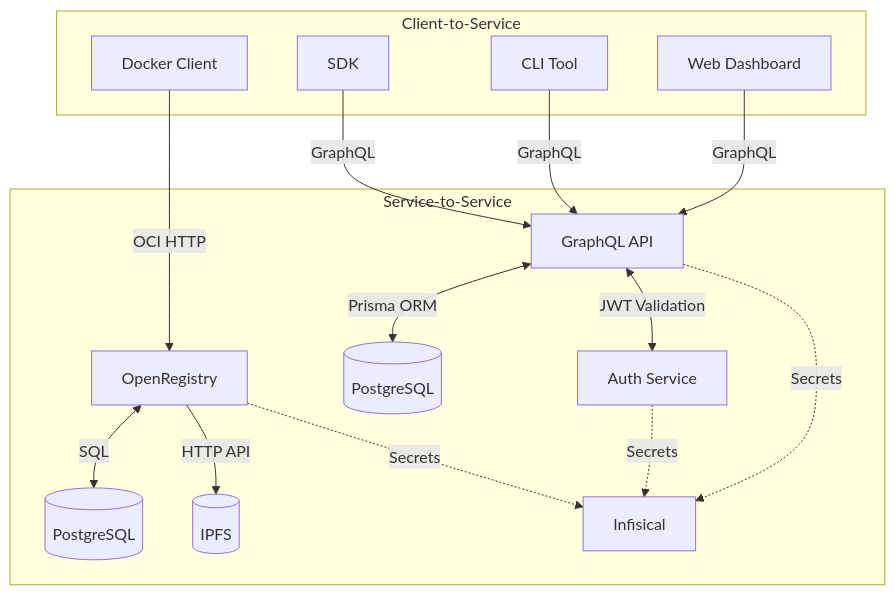
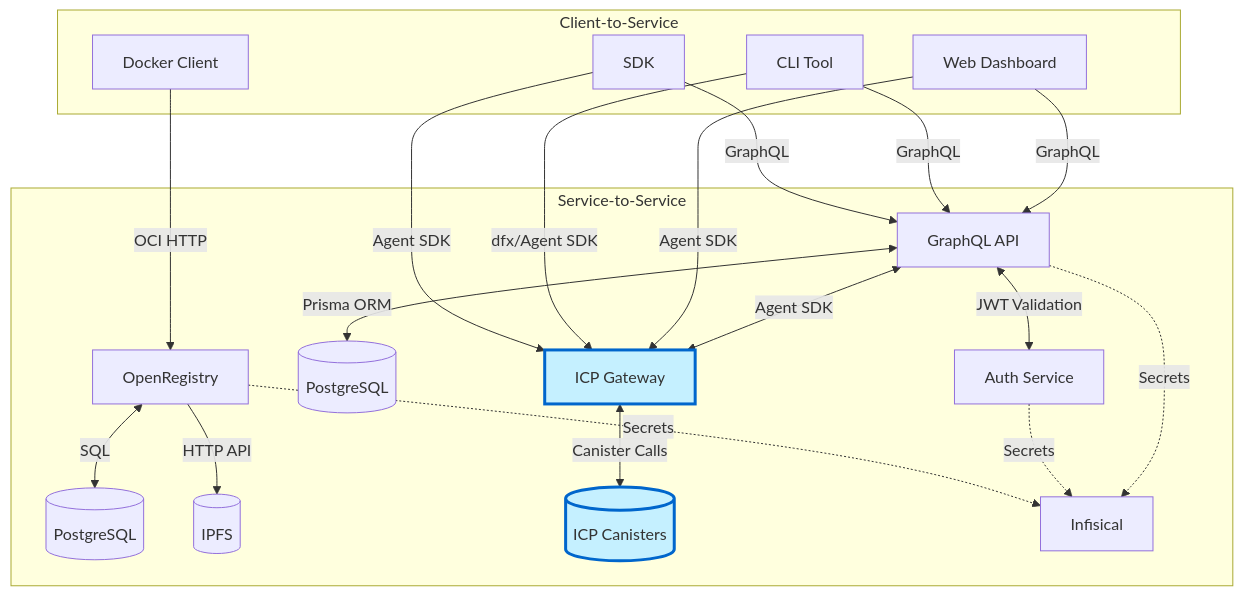
One commit to alternatefutures/.github changed diagram 17 of 18 in TECHNICAL_ARCHITECTURE.md. Above: the diagram before and after it, drawn with Mermaid. The commit also changed other lines of this file, not shown here.

First line of the commit message:
feat: integrate Internet Computer (ICP) into architecture

````diff
--- a/TECHNICAL_ARCHITECTURE.md
+++ b/TECHNICAL_ARCHITECTURE.md
@@ -2033,20 +1792,30 @@
 ```mermaid
 graph TB
     subgraph "Service-to-Service"
         API[GraphQL API] <-->|JWT Validation| Auth[Auth Service]
         API <-->|Prisma ORM| PG[(PostgreSQL)]
         Reg[OpenRegistry] <-->|SQL| RegDB[(PostgreSQL)]
         Reg -->|HTTP API| IPFS[(IPFS)]
+        
+        API <-->|Agent SDK| ICPGateway[ICP Gateway]
+        ICPGateway <-->|Canister Calls| Canisters[(ICP Canisters)]
         
         API -.->|Secrets| Inf[Infisical]
         Auth -.->|Secrets| Inf
         Reg -.->|Secrets| Inf
     end
     
     subgraph "Client-to-Service"
         WebUI[Web Dashboard] -->|GraphQL| API
         CLI[CLI Tool] -->|GraphQL| API
         SDK[SDK] -->|GraphQL| API
         Docker[Docker Client] -->|OCI HTTP| Reg
+        
+        WebUI -->|Agent SDK| ICPGateway
+        CLI -->|dfx/Agent SDK| ICPGateway
+        SDK -->|Agent SDK| ICPGateway
     end
+    
+    style ICPGateway fill:#c5f0ff,stroke:#0066cc,stroke-width:3px
+    style Canisters fill:#c5f0ff,stroke:#0066cc,stroke-width:3px
 ```
````
